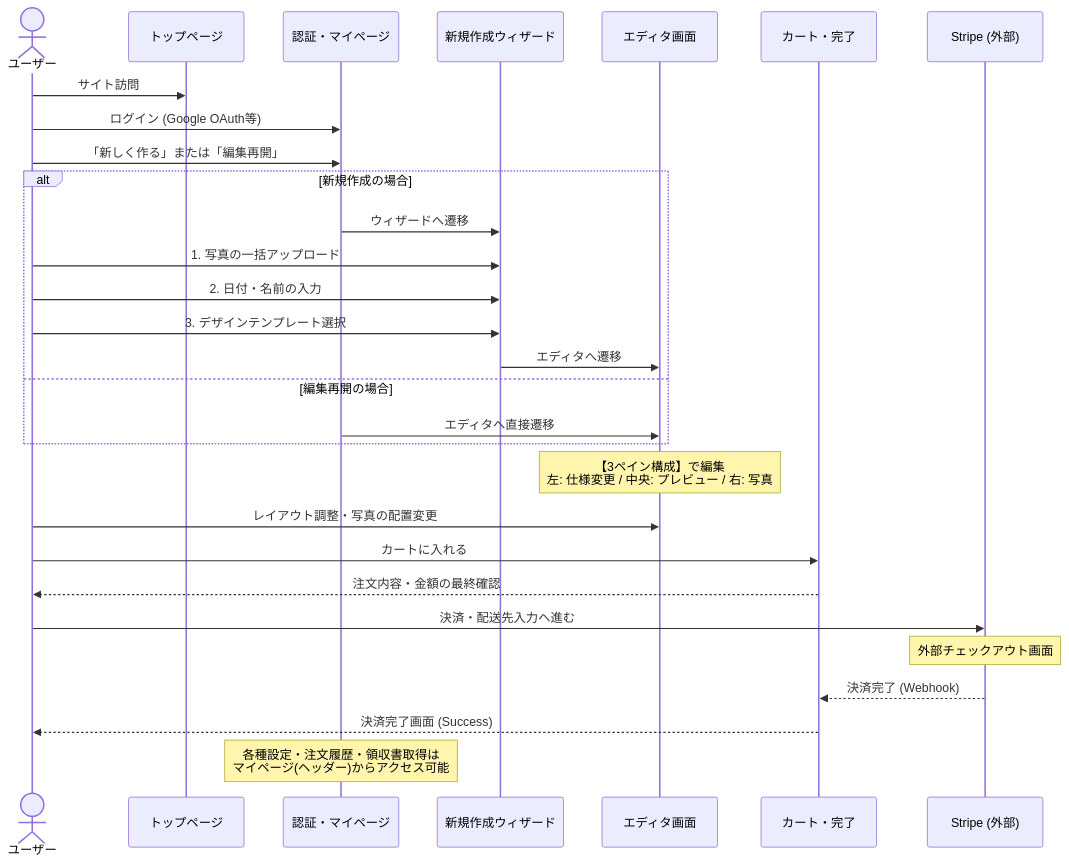
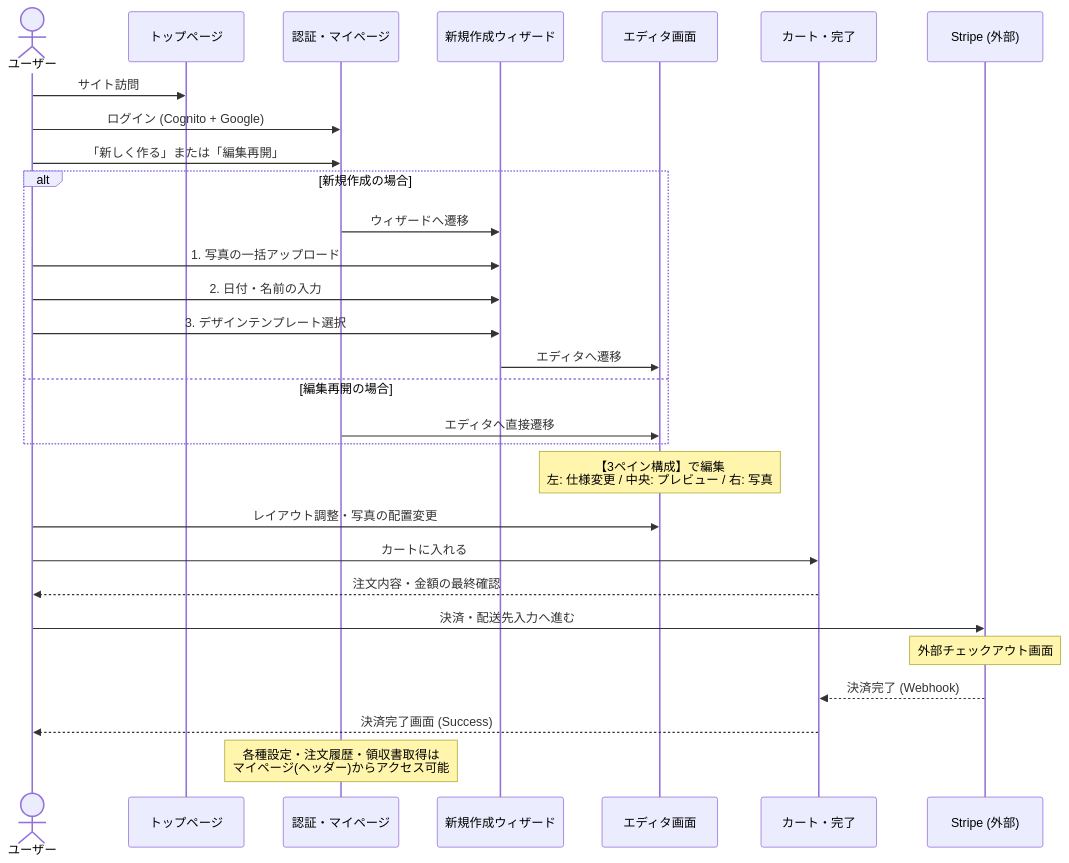
One commit to AYM1104/ayu-weave-dev changed the diagram in docs/specs/user-flow.md. Above: the diagram before and after it, drawn with Mermaid. The commit also changed other lines of this file and 14 other files, not shown here.

````diff
--- a/docs/specs/user-flow.md
+++ b/docs/specs/user-flow.md
@@ -48,38 +49,38 @@
 ```mermaid
 sequenceDiagram
     actor User as ユーザー
     participant LP as トップページ
     participant Auth as 認証・マイページ
     participant Wiz as 新規作成ウィザード
     participant Ed as エディタ画面
     participant Cart as カート・完了
     participant Stripe as Stripe (外部)
 
     User->>LP: サイト訪問
-    User->>Auth: ログイン (Google OAuth等)
+    User->>Auth: ログイン (Cognito + Google)
     User->>Auth: 「新しく作る」または「編集再開」
 
     alt 新規作成の場合
         Auth->>Wiz: ウィザードへ遷移
         User->>Wiz: 1. 写真の一括アップロード
         User->>Wiz: 2. 日付・名前の入力
         User->>Wiz: 3. デザインテンプレート選択
         Wiz->>Ed: エディタへ遷移
     else 編集再開の場合
         Auth->>Ed: エディタへ直接遷移
     end
 
     Note over Ed: 【3ペイン構成】で編集<br>左: 仕様変更 / 中央: プレビュー / 右: 写真
     User->>Ed: レイアウト調整・写真の配置変更
 
     User->>Cart: カートに入れる
     Cart-->>User: 注文内容・金額の最終確認
     
     User->>Stripe: 決済・配送先入力へ進む
     Note over Stripe: 外部チェックアウト画面
     Stripe-->>Cart: 決済完了 (Webhook)
     Cart-->>User: 決済完了画面 (Success)
     
     %% サブフローの注記
     Note over Auth: 各種設定・注文履歴・領収書取得は<br>マイページ(ヘッダー)からアクセス可能
 ```
````
